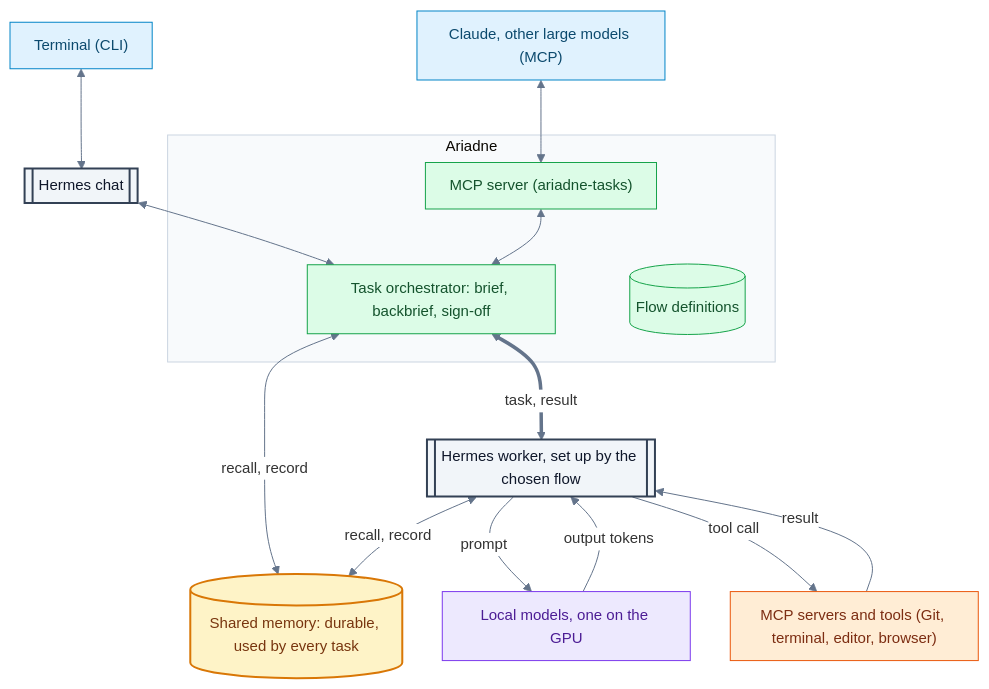
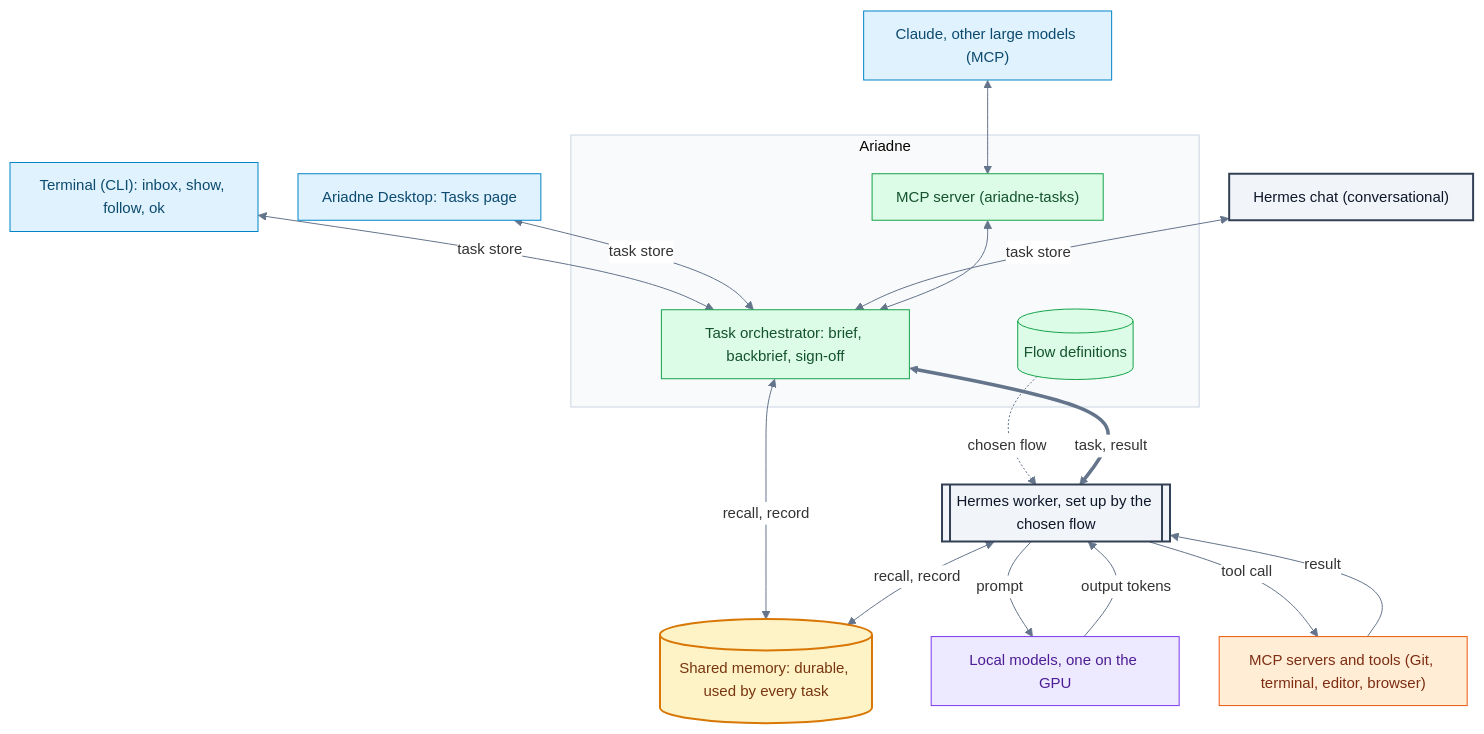
One commit to satellitebots/ariadne changed the diagram in docs/diagrams/architecture.mmd. Above: the diagram before and after it, drawn with Mermaid. The commit also changed 66 other files, not shown here.

First line of the commit message:
Retire the Hermes desktop frontend; congregate the backend; lock inference local

```diff
--- a/docs/diagrams/architecture.mmd
+++ b/docs/diagrams/architecture.mmd
@@ -1,42 +1,44 @@
 %%{init: {"theme": "base", "flowchart": {"curve": "basis", "nodeSpacing": 40, "rankSpacing": 55, "padding": 12}, "themeVariables": {"fontFamily": "Arial, Helvetica, sans-serif", "fontSize": "15px", "lineColor": "#64748b", "edgeLabelBackground": "#ffffff", "clusterBkg": "#f8fafc", "clusterBorder": "#cbd5e1"}}}%%
 flowchart TB
-  CLISRC["Terminal (CLI)"]
+  CLISRC["Terminal (CLI): inbox, show, follow, ok"]
+  DESKSRC["Ariadne Desktop: Tasks page"]
+  CHATSRC["Hermes chat (conversational)"]
   MCPSRC["Claude, other large models (MCP)"]
-
-  GW[["Hermes chat"]]
 
   subgraph ARI[Ariadne]
     MCPS["MCP server (ariadne-tasks)"]
     ORCH["Task orchestrator: brief, backbrief, sign-off"]
     FLOWS[(Flow definitions)]
   end
 
   WORK[["Hermes worker, set up by the chosen flow"]]
   MEM[("Shared memory: durable, used by every task")]
   MODELS["Local models, one on the GPU"]
   TOOLS["MCP servers and tools (Git, terminal, editor, browser)"]
 
-  CLISRC <--> GW
+  CLISRC <-->|task store| ORCH
+  DESKSRC <-->|task store| ORCH
+  CHATSRC <-->|task store| ORCH
   MCPSRC <--> MCPS
-  GW <--> ORCH
   MCPS <--> ORCH
+  FLOWS -.->|chosen flow| WORK
   ORCH <==>|task, result| WORK
   ORCH <-->|recall, record| MEM
   WORK <-->|recall, record| MEM
   WORK -->|prompt| MODELS
   MODELS -->|output tokens| WORK
   WORK -->|tool call| TOOLS
   TOOLS -->|result| WORK
 
   classDef src fill:#e0f2fe,stroke:#0284c7,color:#0c4a6e
   classDef hermes fill:#f1f5f9,stroke:#334155,stroke-width:2px,color:#0f172a
   classDef ari fill:#dcfce7,stroke:#16a34a,color:#14532d
   classDef mem fill:#fef3c7,stroke:#d97706,stroke-width:2px,color:#78350f
   classDef tool fill:#ffedd5,stroke:#ea580c,color:#7c2d12
   classDef model fill:#ede9fe,stroke:#7c3aed,color:#4c1d95
-  class CLISRC,MCPSRC src
-  class GW,WORK hermes
+  class CLISRC,DESKSRC,MCPSRC src
+  class CHATSRC,WORK hermes
   class MCPS,ORCH,FLOWS ari
   class MEM mem
   class TOOLS tool
   class MODELS model
```
